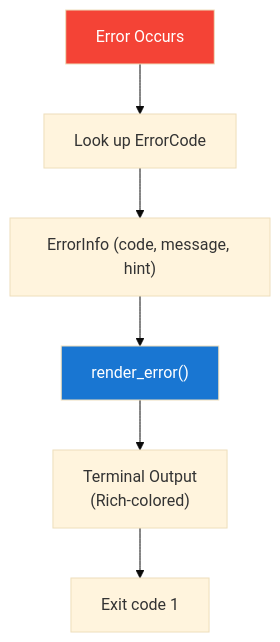
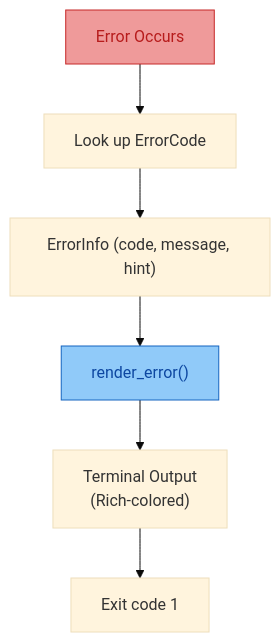
Before and after one commit to genkit-ai/genkit-python: the diagram in tools/releasekit/docs/docs/guides/error-codes.md, drawn with Mermaid (base theme). The commit also changed 208 other files, not shown here.

````diff
--- a/tools/releasekit/docs/docs/guides/error-codes.md
+++ b/tools/releasekit/docs/docs/guides/error-codes.md
@@ -96,14 +96,14 @@
 ```mermaid
 graph TD
     ERR["Error Occurs"]
     CODE["Look up ErrorCode"]
     INFO["ErrorInfo (code, message, hint)"]
     RENDER["render_error()"]
     TERM["Terminal Output<br/>(Rich-colored)"]
     EXIT["Exit code 1"]
 
     ERR --> CODE --> INFO --> RENDER --> TERM --> EXIT
 
-    style ERR fill:#f44336,color:#fff
-    style RENDER fill:#1976d2,color:#fff
+    style ERR fill:#ef9a9a,stroke:#c62828,color:#b71c1c
+    style RENDER fill:#90caf9,stroke:#1565c0,color:#0d47a1
 ```
````
